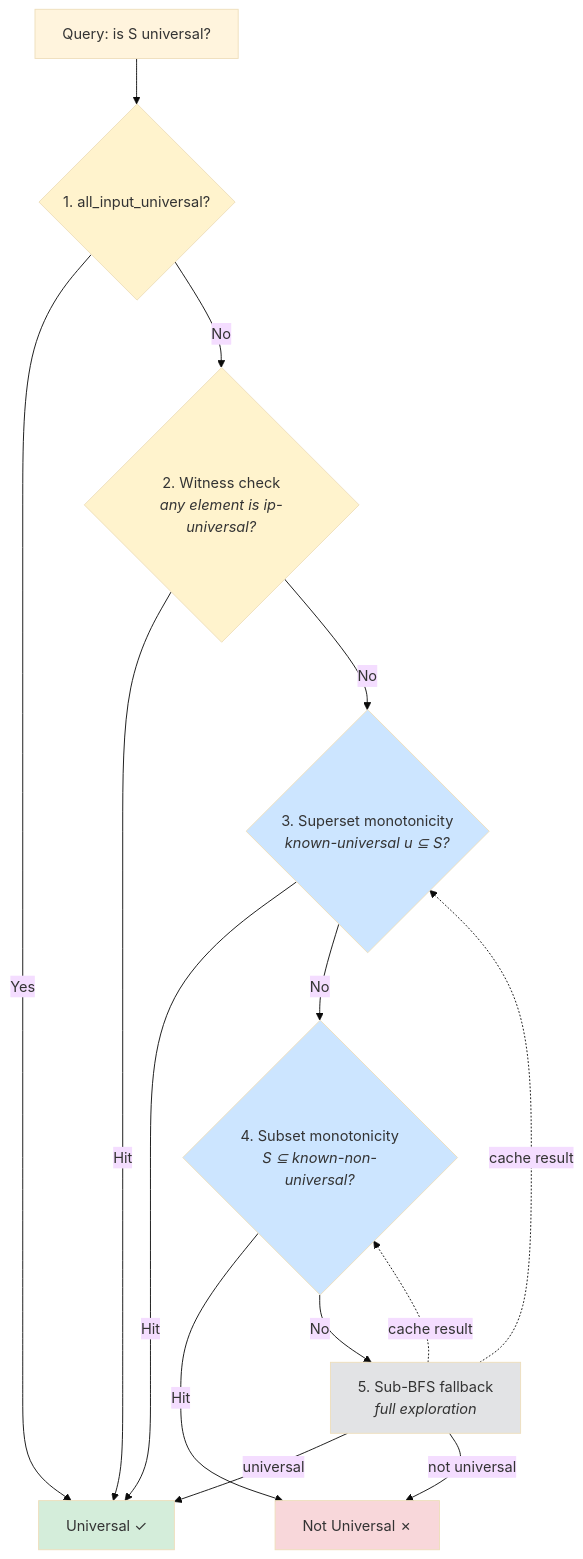
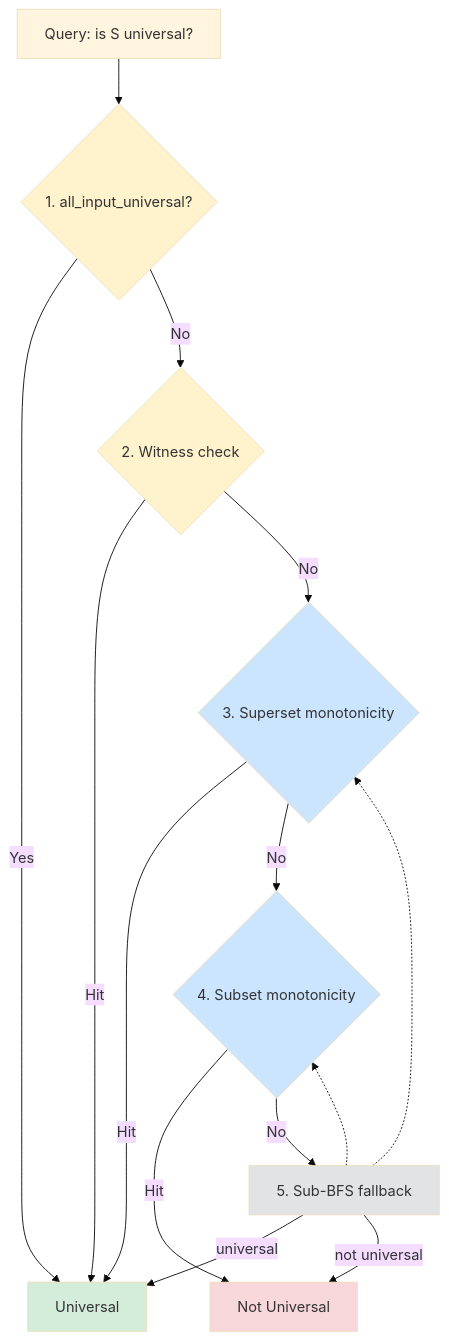
One commit to timvieira/transduction changed the diagram in reports/eps-chain-collapsing-report.md. Above: the diagram before and after it, drawn with Mermaid (base theme).

Commit message:
Fix Mermaid diagram rendering in eps-chain-collapsing-report
Remove Unicode symbols and HTML tags from Mermaid node labels that
caused GitHub's renderer to fail (loading spinner instead of diagram).

````diff
--- a/reports/eps-chain-collapsing-report.md
+++ b/reports/eps-chain-collapsing-report.md
@@ -94,25 +94,25 @@
 ```mermaid
 graph TD
     Q["Query: is S universal?"]
     Q --> A{"1. all_input_universal?"}
-    A -->|"Yes"| U["Universal ✓"]
-    A -->|"No"| B{"2. Witness check<br/><i>any element is ip-universal?</i>"}
-    B -->|"Hit"| U
-    B -->|"No"| C{"3. Superset monotonicity<br/><i>known-universal u ⊆ S?</i>"}
-    C -->|"Hit"| U
-    C -->|"No"| D{"4. Subset monotonicity<br/><i>S ⊆ known-non-universal?</i>"}
-    D -->|"Hit"| NU["Not Universal ✗"]
-    D -->|"No"| E["5. Sub-BFS fallback<br/><i>full exploration</i>"]
-    E -->|"universal"| U
-    E -->|"not universal"| NU
-    E -.->|"cache result"| C
-    E -.->|"cache result"| D
+    A -- Yes --> U["Universal"]
+    A -- No --> B{"2. Witness check"}
+    B -- Hit --> U
+    B -- No --> C{"3. Superset monotonicity"}
+    C -- Hit --> U
+    C -- No --> D{"4. Subset monotonicity"}
+    D -- Hit --> NU["Not Universal"]
+    D -- No --> E["5. Sub-BFS fallback"]
+    E -- universal --> U
+    E -- not universal --> NU
+    E -.-> C
+    E -.-> D
 
     style U fill:#d4edda
     style NU fill:#f8d7da
     style A fill:#fff3cd
     style B fill:#fff3cd
     style C fill:#cce5ff
     style D fill:#cce5ff
     style E fill:#e2e3e5
 ```
````
